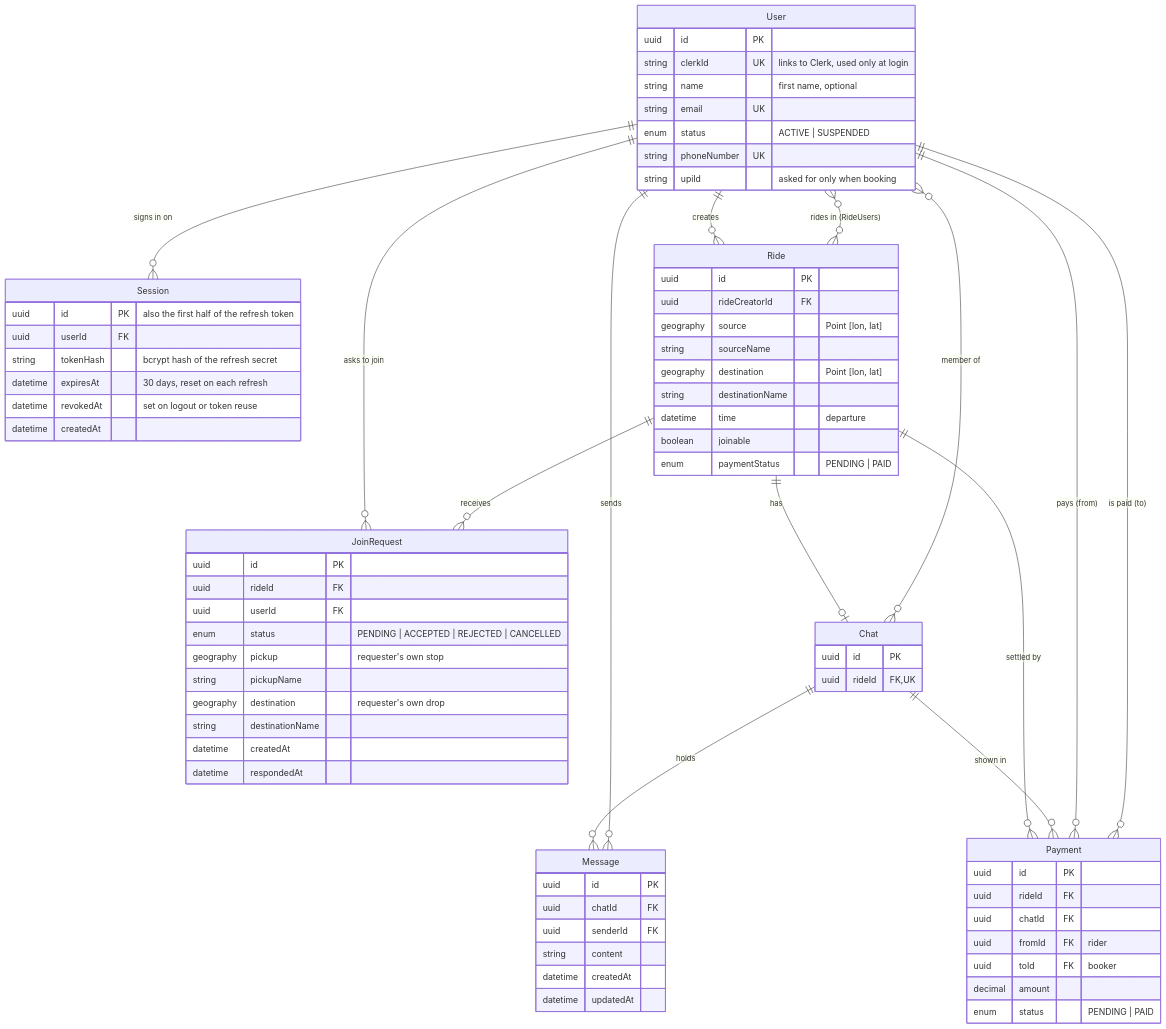
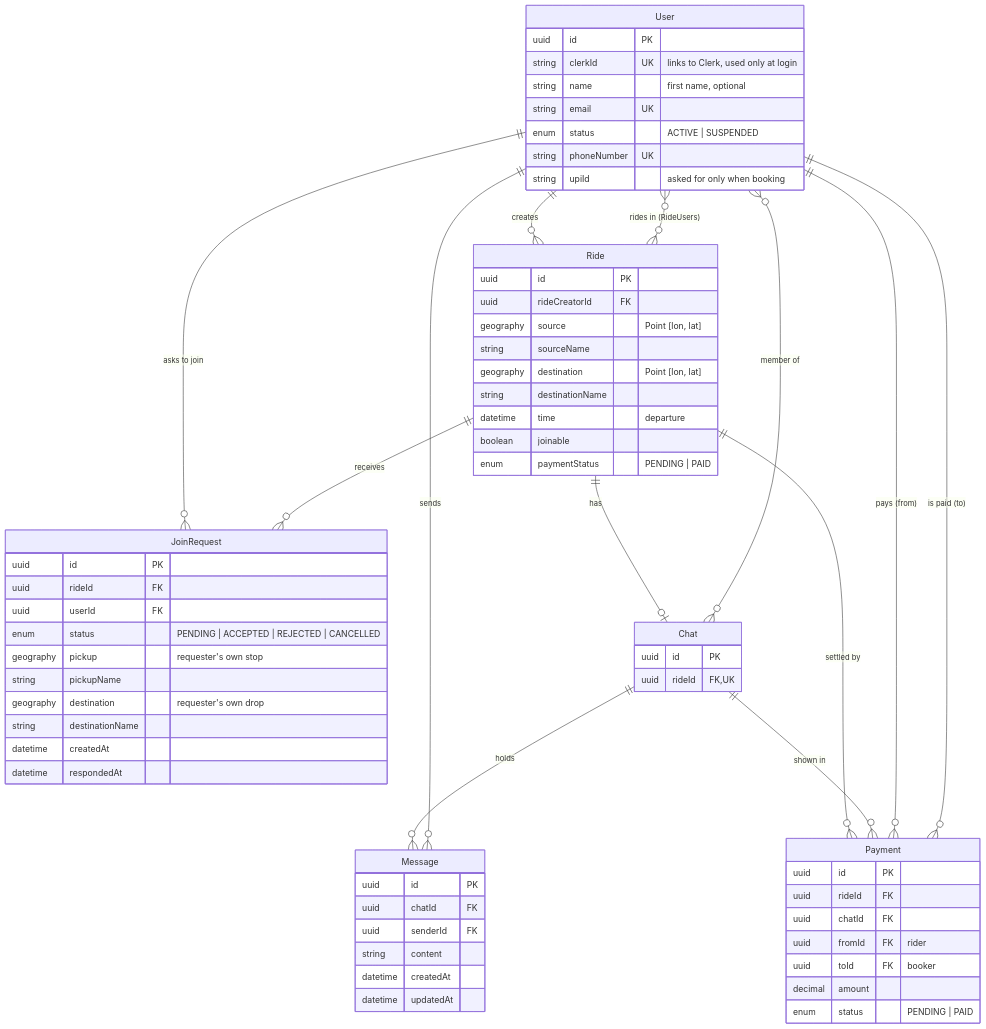
Before and after one commit to yatinsingh2007/HopShare: diagram 13 of 13 in README.md, drawn with Mermaid. The commit also changed other lines of this file and 8 other files, not shown here.

First line of the commit message:
feat(server): stateless JWT refresh tokens, drop the Session table

````diff
--- a/README.md
+++ b/README.md
@@ -437,6 +440,5 @@
 ```mermaid
 erDiagram
-    User ||--o{ Session : "signs in on"
     User ||--o{ Ride : "creates"
     User }o--o{ Ride : "rides in (RideUsers)"
     User ||--o{ JoinRequest : "asks to join"
@@ -460,14 +462,6 @@
         string upiId "asked for only when booking"
     }
 
-    Session {
-        uuid id PK "also the first half of the refresh token"
-        uuid userId FK
-        string tokenHash "bcrypt hash of the refresh secret"
-        datetime expiresAt "30 days, reset on each refresh"
-        datetime revokedAt "set on logout or token reuse"
-        datetime createdAt
-    }
 
     Ride {
         uuid id PK
````
